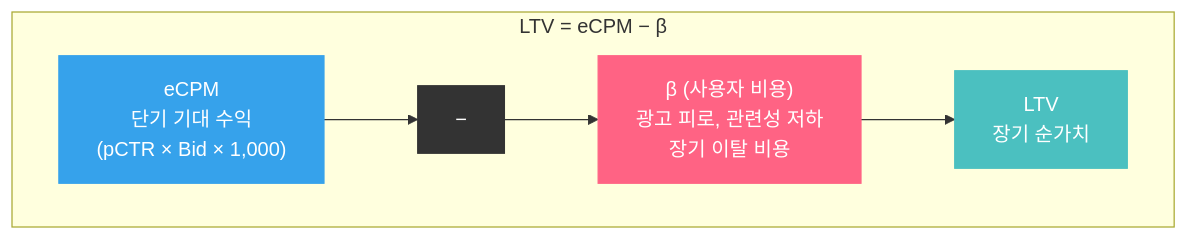
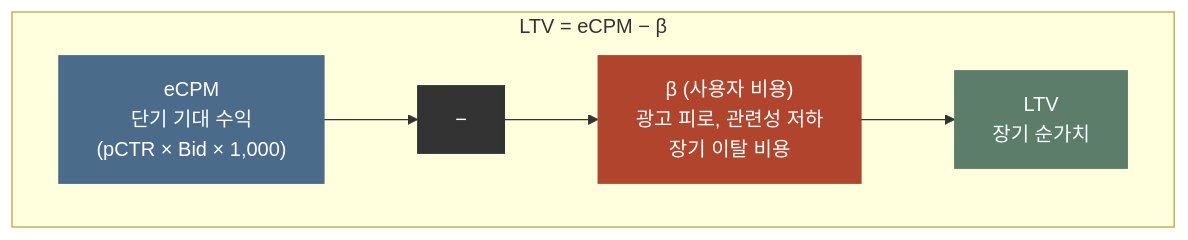
One commit to chkimsu/adtech-blog changed the first of 3 diagrams in posts/ltv-ad-ranking.md. Above: the diagram before and after it, drawn with Mermaid. The commit also changed other lines of this file and 40 other files, not shown here.

````diff
--- a/posts/ltv-ad-ranking.md
+++ b/posts/ltv-ad-ranking.md
@@ -49,18 +49,18 @@
 ```mermaid
 graph LR
     subgraph LTV_Formula["LTV = eCPM − β"]
         direction LR
         ECPM["eCPM<br/>단기 기대 수익<br/>(pCTR × Bid × 1,000)"]
         MINUS["−"]
         BETA["β (사용자 비용)<br/>광고 피로, 관련성 저하<br/>장기 이탈 비용"]
         RESULT["LTV<br/>장기 순가치"]
 
         ECPM --> MINUS --> BETA
         BETA --> RESULT
     end
 
-    style ECPM fill:#36a2eb,stroke:#36a2eb,color:#fff
-    style BETA fill:#ff6384,stroke:#ff6384,color:#fff
-    style RESULT fill:#4bc0c0,stroke:#4bc0c0,color:#fff
+    style ECPM fill:#4a6b8a,stroke:#4a6b8a,color:#fff
+    style BETA fill:#b0442c,stroke:#b0442c,color:#fff
+    style RESULT fill:#5b7d6a,stroke:#5b7d6a,color:#fff
     style MINUS fill:#333,stroke:#333,color:#fff
 ```
````
